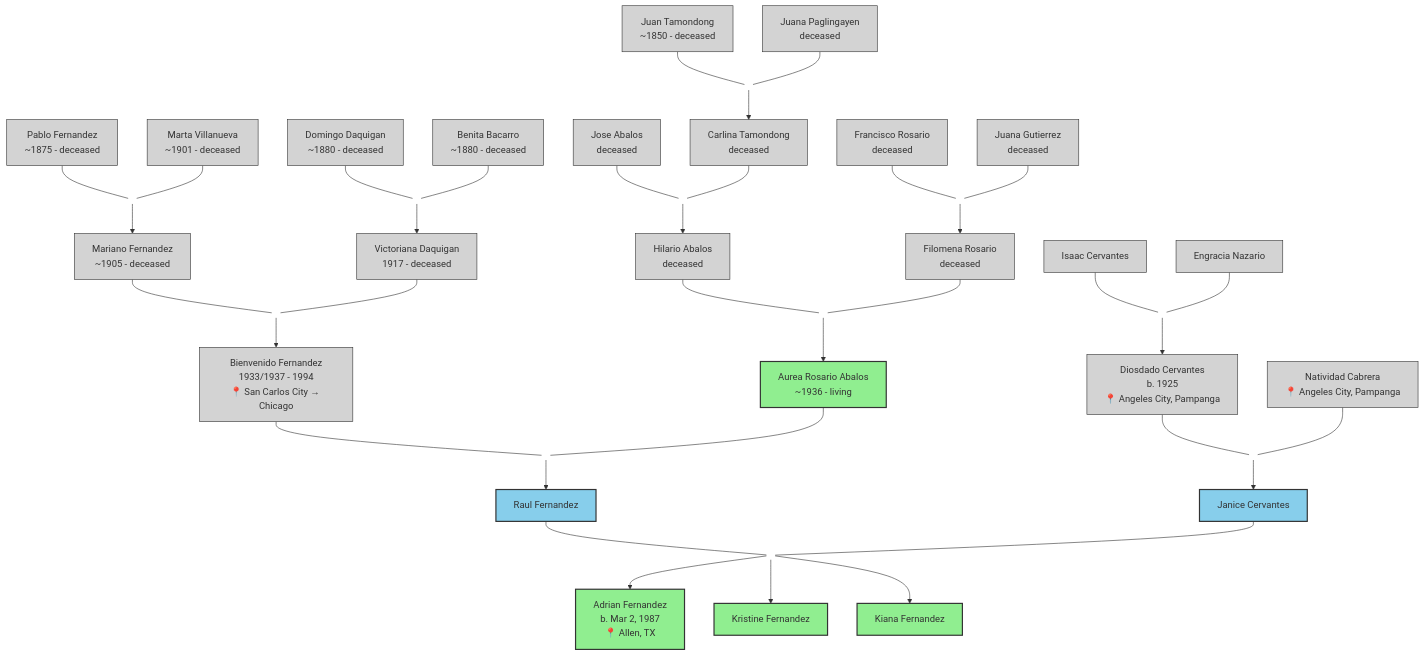
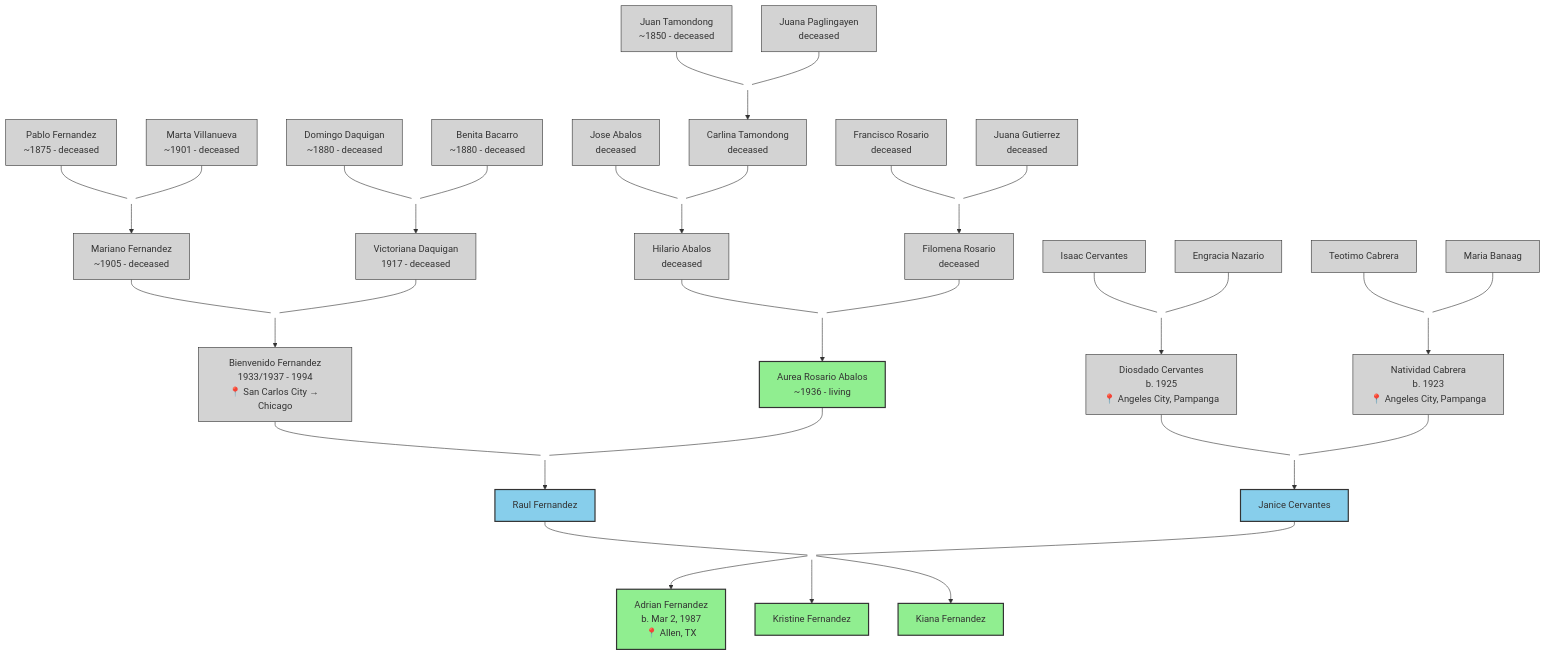
One commit to Desmond-Adrian-Assistant/fernandez-family-tree changed the diagram in family-tree.md. Above: the diagram before and after it, drawn with Mermaid. The commit also changed 1 other file, not shown here.

Commit message:
Found Natividad Cabrera's parents: Teotimo Cabrera & Maria Banaag. Both sides now have great-grandparents!

````diff
--- a/family-tree.md
+++ b/family-tree.md
@@ -51,9 +51,14 @@
     EN["Engracia Nazario"] --- IC_EN
     IC_EN((" ")) --> DC
 
+    %% Great Grandparents - Cabrera
+    TC["Teotimo Cabrera"] --- TC_MB
+    MB["Maria Banaag"] --- TC_MB
+    TC_MB((" ")) --> NC
+
     %% Grandparents - Cervantes
     DC["Diosdado Cervantes<br/>b. 1925<br/>📍 Angeles City, Pampanga"] --- DC_NC
-    NC["Natividad Cabrera<br/>📍 Angeles City, Pampanga"] --- DC_NC
+    NC["Natividad Cabrera<br/>b. 1923<br/>📍 Angeles City, Pampanga"] --- DC_NC
     DC_NC((" ")) --> JC
 
     %% Parents
@@ -75,7 +80,7 @@
     classDef connector fill:none,stroke:none
 
     class ARA,AF,KF,KiF living
-    class JT,JPag,PF,MV,DD,BB,JA,CT,FR,JGut,MaF,VD,HA,FilR,BF,IC,EN,DC,NC deceased
+    class JT,JPag,PF,MV,DD,BB,JA,CT,FR,JGut,MaF,VD,HA,FilR,BF,IC,EN,TC,MB,DC,NC deceased
     class RF,JC current
-    class JT_JP,PF_MV,DD_BB,JA_CT,FR_JG,MaF_VD,HA_FR,BF_ARA,IC_EN,DC_NC,RF_JC connector
+    class JT_JP,PF_MV,DD_BB,JA_CT,FR_JG,MaF_VD,HA_FR,BF_ARA,IC_EN,TC_MB,DC_NC,RF_JC connector
 ```
````
